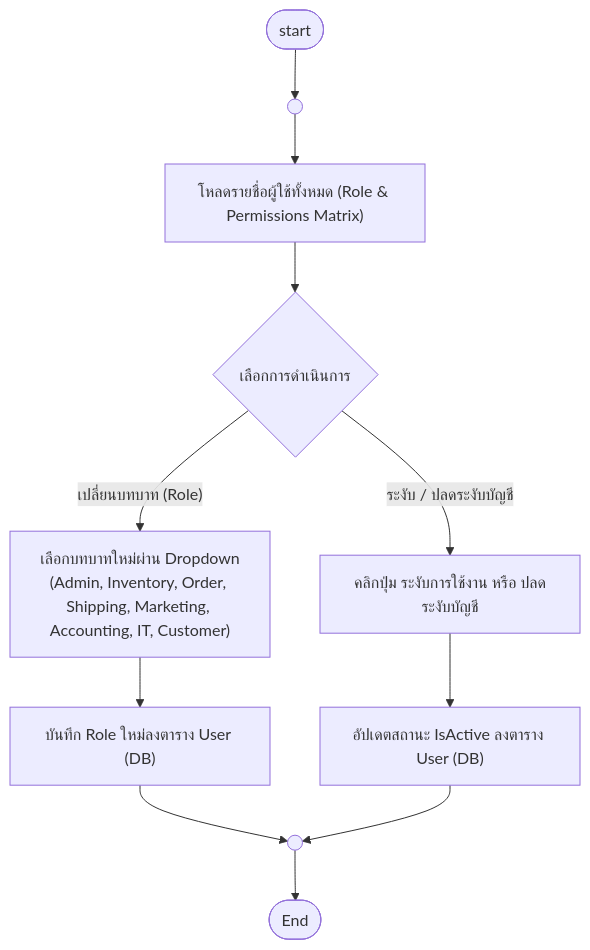
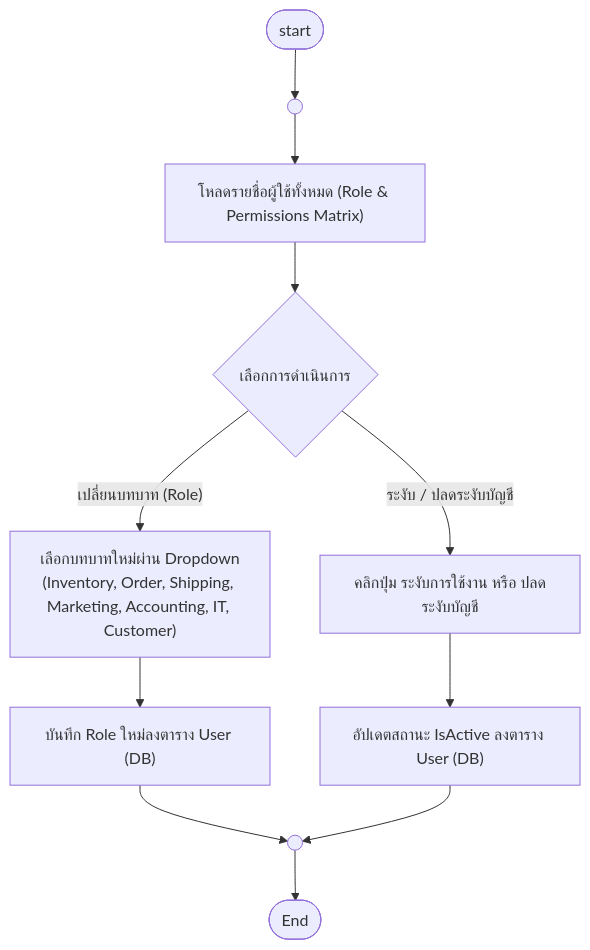
One commit to doraemon-kub/CSI402_Project-final changed diagram 14 of 18 in README.md. Above: the diagram before and after it, drawn with Mermaid. The commit also changed other lines of this file and 2 other files, not shown here.

Commit message:
docs: remove Admin from SelectNewRole dropdown list in Flowchart 12 (restrict Admin assignment to Owner only)

````diff
--- a/README.md
+++ b/README.md
@@ -349,16 +349,16 @@
 ```mermaid
 flowchart TD
     Start([start]) --> ConnAdminUser(( ))
     ConnAdminUser --> LoadUserList["โหลดรายชื่อผู้ใช้ทั้งหมด (Role & Permissions Matrix)"]
     LoadUserList --> SelectAction{เลือกการดำเนินการ}
     
-    SelectAction -- "เปลี่ยนบทบาท (Role)" --> SelectNewRole["เลือกบทบาทใหม่ผ่าน Dropdown\n(Admin, Inventory, Order, Shipping, Marketing, Accounting, IT, Customer)"]
+    SelectAction -- "เปลี่ยนบทบาท (Role)" --> SelectNewRole["เลือกบทบาทใหม่ผ่าน Dropdown\n(Inventory, Order, Shipping, Marketing, Accounting, IT, Customer)"]
     SelectNewRole --> SaveRoleChange["บันทึก Role ใหม่ลงตาราง User (DB)"]
     
     SelectAction -- "ระงับ / ปลดระงับบัญชี" --> ToggleSuspend["คลิกปุ่ม ระงับการใช้งาน หรือ ปลดระงับบัญชี"]
     ToggleSuspend --> SaveStatusChange["อัปเดตสถานะ IsActive ลงตาราง User (DB)"]
     
     SaveRoleChange --> ConnAdminDone(( ))
     SaveStatusChange --> ConnAdminDone
     ConnAdminDone --> End([End])
 ```
````
